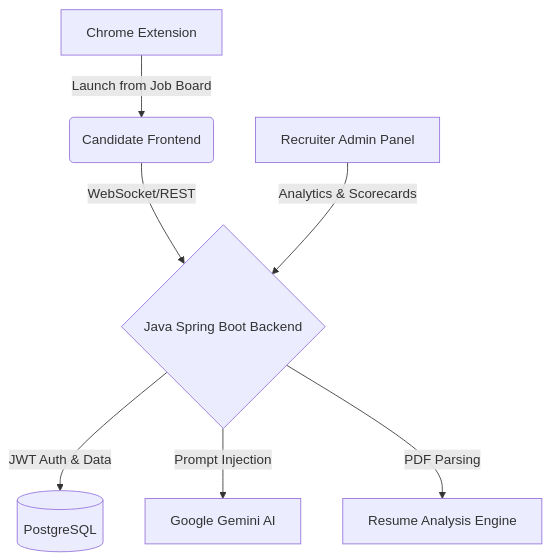
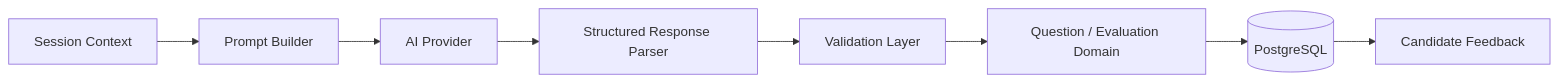
The third of 3 diagrams in README.md (Jawahar08/interviewforge-ai), drawn with Mermaid before and after one commit. The commit also changed other lines of this file, not shown here.

````diff
--- a/README.md
+++ b/README.md
@@ -13,10 +395,10 @@
 ```mermaid
-graph TD
-    A[Chrome Extension] -->|Launch from Job Board| B(Candidate Frontend)
-    B -->|WebSocket/REST| C{Java Spring Boot Backend}
-    D[Recruiter Admin Panel] -->|Analytics & Scorecards| C
-    
-    C -->|JWT Auth & Data| E[(PostgreSQL)]
-    C -->|Prompt Injection| F[Google Gemini AI]
-    C -->|PDF Parsing| G[Resume Analysis Engine]
+flowchart LR
+    A[Session Context] --> B[Prompt Builder]
+    B --> C[AI Provider]
+    C --> D[Structured Response Parser]
+    D --> E[Validation Layer]
+    E --> F[Question / Evaluation Domain]
+    F --> G[(PostgreSQL)]
+    G --> H[Candidate Feedback]
 ```
````
